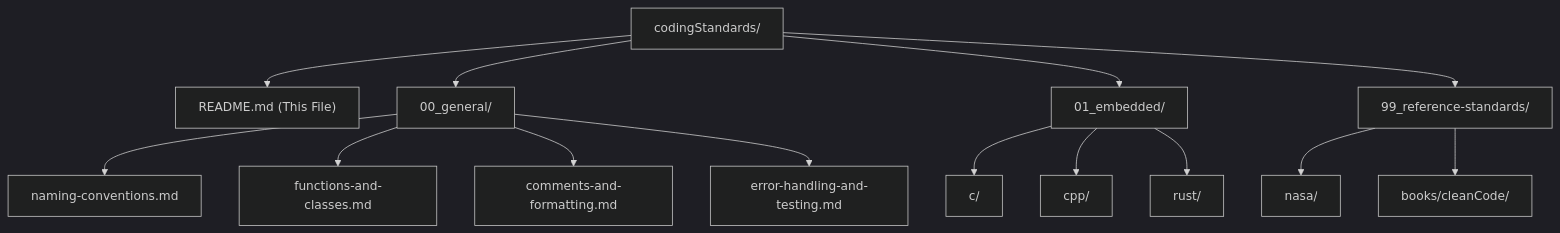
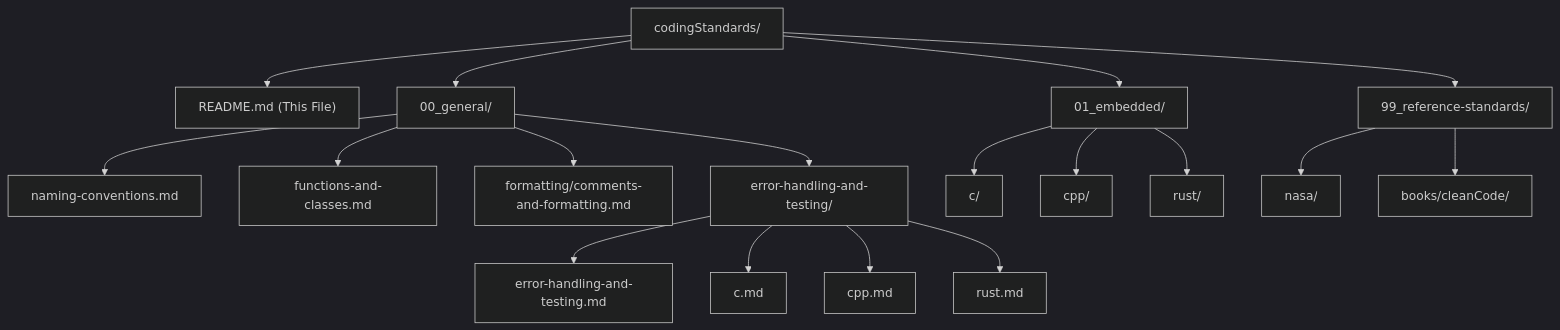
The diagram in doc/codingStandards/README.md (gboud21/Software_Training), drawn with Mermaid (dark theme) before and after one commit. The commit also changed other lines of this file and 6 other files, not shown here.

Commit message:
Break the error handling and testing into common and language specific guidance

````diff
--- a/doc/codingStandards/README.md
+++ b/doc/codingStandards/README.md
@@ -13,19 +13,24 @@
 ```mermaid
 graph TD
     Root["codingStandards/"] --> README["README.md (This File)"]
     Root --> Gen["00_general/"]
     Root --> Emb["01_embedded/"]
     Root --> Ref["99_reference-standards/"]
 
     Gen --> Naming["naming-conventions.md"]
     Gen --> Funcs["functions-and-classes.md"]
-    Gen --> Comm["comments-and-formatting.md"]
-    Gen --> Err["error-handling-and-testing.md"]
+    Gen --> Form["formatting/comments-and-formatting.md"]
+    Gen --> Err["error-handling-and-testing/"]
+
+    Err --> ErrMain["error-handling-and-testing.md"]
+    Err --> ErrC["c.md"]
+    Err --> ErrCpp["cpp.md"]
+    Err --> ErrRust["rust.md"]
 
     Emb --> EmbC["c/"]
     Emb --> EmbCpp["cpp/"]
     Emb --> EmbRust["rust/"]
 
     Ref --> NASA["nasa/"]
     Ref --> Books["books/cleanCode/"]
 ```
````
